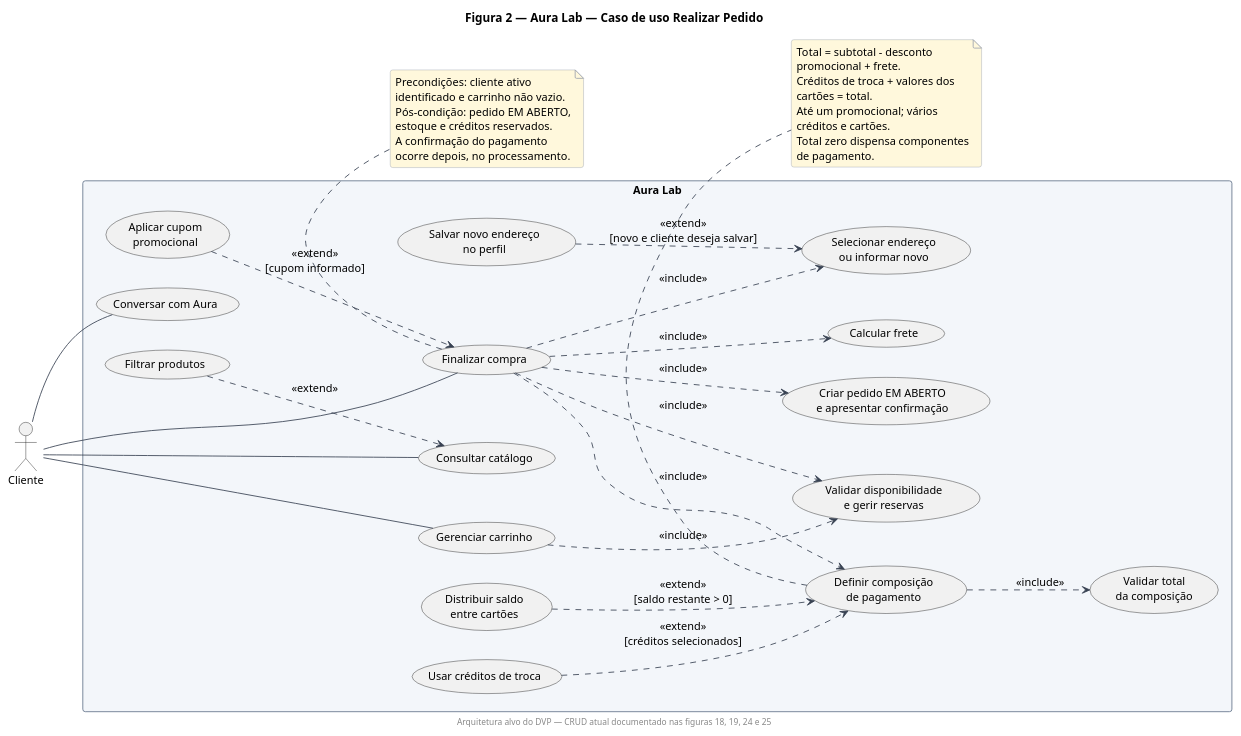
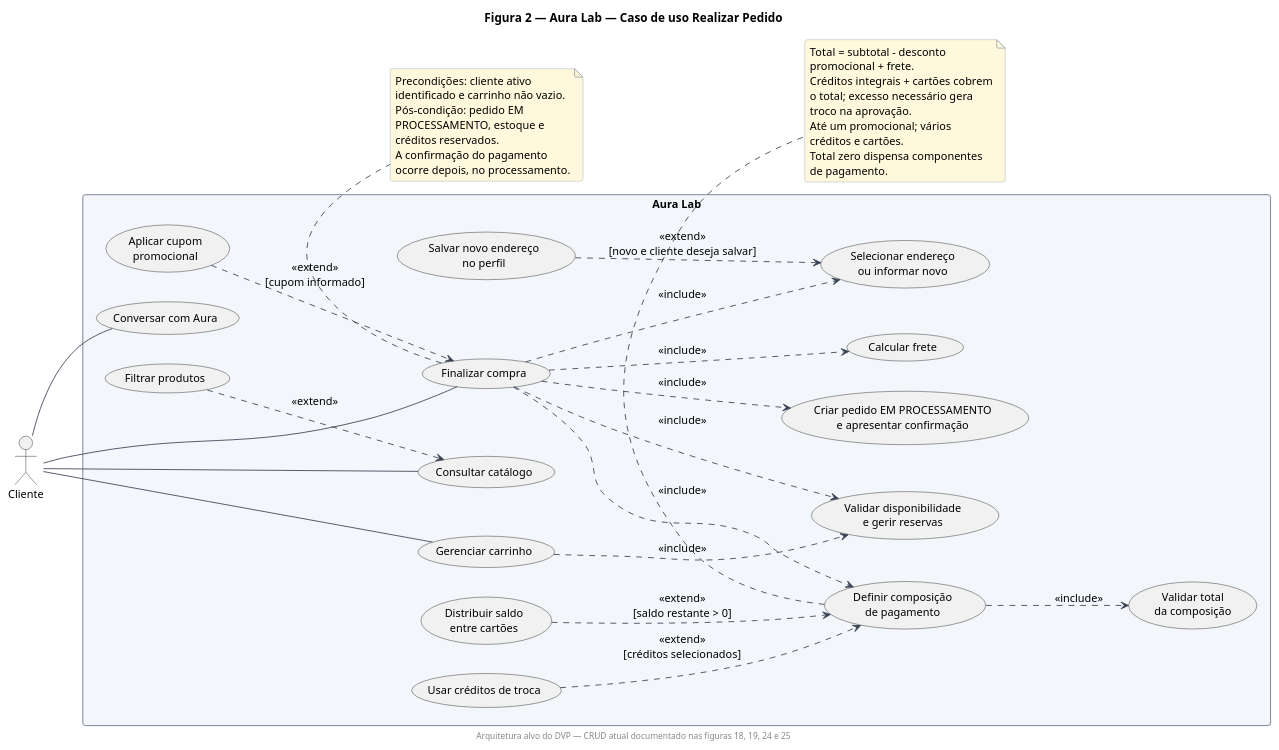
The second of 25 diagrams in docs/dvp-uml-2026/CODIGOS-UML.md (krisnarane/Aura_Lab), drawn with PlantUML before and after one commit. The commit also changed other lines of this file and 89 other files, not shown here.

````diff
--- a/docs/dvp-uml-2026/CODIGOS-UML.md
+++ b/docs/dvp-uml-2026/CODIGOS-UML.md
@@ -74,71 +76,71 @@
 ```plantuml
 @startuml
 footer Arquitetura alvo do DVP — CRUD atual documentado nas figuras 18, 19, 24 e 25
 skinparam backgroundColor white
 skinparam shadowing false
 skinparam defaultFontName Arial
 skinparam defaultFontSize 13
 skinparam ArrowColor #374151
 skinparam packageStyle rectangle
 skinparam componentStyle rectangle
 skinparam classAttributeIconSize 0
 skinparam roundcorner 6
 skinparam NoteBackgroundColor #FFF8DC
 skinparam NoteBorderColor #9CA3AF
 skinparam PackageBackgroundColor #F3F6FA
 skinparam PackageBorderColor #64748B
 skinparam ClassBackgroundColor #FFFFFF
 skinparam ClassBorderColor #64748B
 skinparam wrapWidth 220
 
 title Figura 2 — Aura Lab — Caso de uso Realizar Pedido
 
 left to right direction
 actor Cliente
 rectangle "Aura Lab" {
   usecase "Consultar catálogo" as Catalogo
   usecase "Filtrar produtos" as Filtro
   usecase "Conversar com Aura" as Aura
   usecase "Gerenciar carrinho" as Carrinho
   usecase "Validar disponibilidade\ne gerir reservas" as Reserva
   usecase "Finalizar compra" as Checkout
   usecase "Selecionar endereço\nou informar novo" as Endereco
   usecase "Salvar novo endereço\nno perfil" as SalvarEndereco
   usecase "Calcular frete" as Frete
   usecase "Aplicar cupom\npromocional" as Promo
   usecase "Definir composição\nde pagamento" as Composicao
   usecase "Usar créditos de troca" as Credito
   usecase "Distribuir saldo\nentre cartões" as Cartoes
   usecase "Validar total\nda composição" as Total
-  usecase "Criar pedido EM ABERTO\ne apresentar confirmação" as Pedido
+  usecase "Criar pedido EM PROCESSAMENTO\ne apresentar confirmação" as Pedido
 }
 Cliente -- Catalogo
 Cliente -- Aura
 Cliente -- Carrinho
 Cliente -- Checkout
 Filtro ..> Catalogo : <<extend>>
 Carrinho ..> Reserva : <<include>>
 Checkout ..> Reserva : <<include>>
 Checkout ..> Endereco : <<include>>
 Checkout ..> Frete : <<include>>
 Checkout ..> Composicao : <<include>>
 Checkout ..> Pedido : <<include>>
 Promo ..> Checkout : <<extend>>\n[cupom informado]
 SalvarEndereco ..> Endereco : <<extend>>\n[novo e cliente deseja salvar]
 Credito ..> Composicao : <<extend>>\n[créditos selecionados]
 Cartoes ..> Composicao : <<extend>>\n[saldo restante > 0]
 Composicao ..> Total : <<include>>
 note bottom of Checkout
   Precondições: cliente ativo identificado e carrinho não vazio.
-  Pós-condição: pedido EM ABERTO, estoque e créditos reservados.
+  Pós-condição: pedido EM PROCESSAMENTO, estoque e créditos reservados.
   A confirmação do pagamento ocorre depois, no processamento.
 end note
 note bottom of Composicao
   Total = subtotal - desconto promocional + frete.
-  Créditos de troca + valores dos cartões = total.
+  Créditos integrais + cartões cobrem o total; excesso necessário gera troco na aprovação.
   Até um promocional; vários créditos e cartões.
   Total zero dispensa componentes de pagamento.
 end note
 
 @enduml
 ```
````
